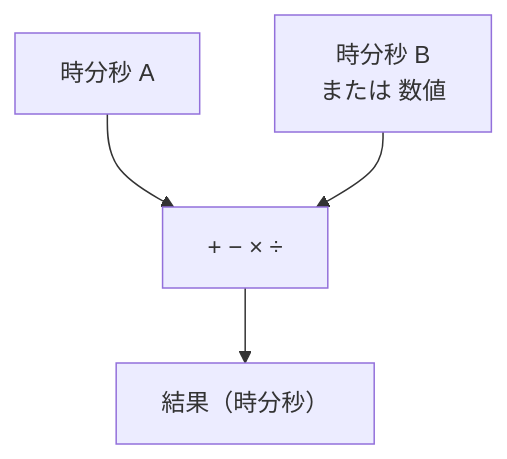
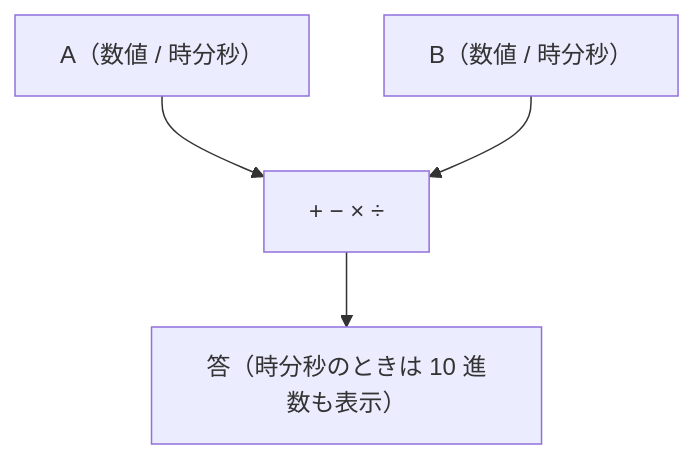
Before and after one commit to serkenn/Navigation-calculations: the second of 2 diagrams in docs/time-arc.md, drawn with Mermaid. The commit also changed other lines of this file and 6 other files, not shown here.

````diff
--- a/docs/time-arc.md
+++ b/docs/time-arc.md
@@ -69,6 +76,6 @@
 ```mermaid
 flowchart TD
-    A["時分秒 A"] --> E["+ − × ÷"]
-    B["時分秒 B<br>または 数値"] --> E
-    E --> F["結果（時分秒）"]
+    A["A（数値 / 時分秒）"] --> E["+ − × ÷"]
+    B["B（数値 / 時分秒）"] --> E
+    E --> F["答（時分秒のときは 10 進数も表示）"]
 ```
````
